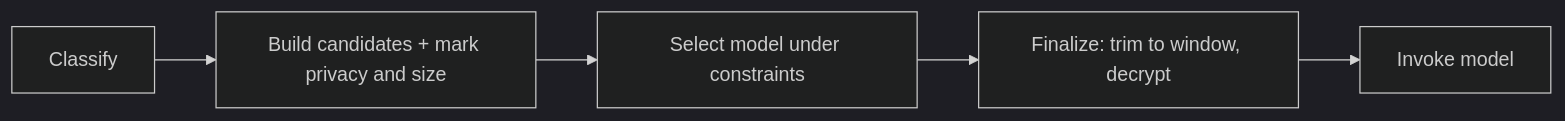
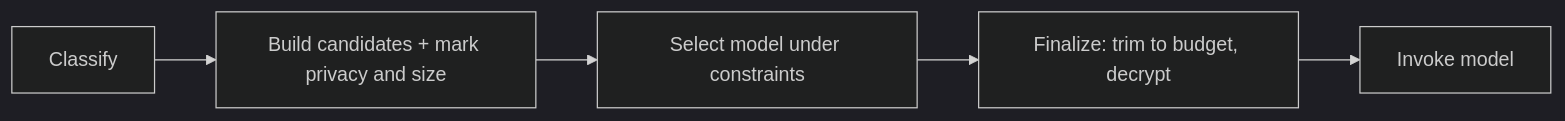
Before and after one commit to smista-ai/smista.ai: the diagram in docs/technical/context-selection.md, drawn with Mermaid (dark theme). The commit also changed other lines of this file and 10 other files, not shown here.

````diff
--- a/docs/technical/context-selection.md
+++ b/docs/technical/context-selection.md
@@ -98,7 +139,7 @@
 ```mermaid
 flowchart LR
     A[Classify] --> B[Build candidates + mark privacy and size]
     B --> C[Select model under constraints]
-    C --> D[Finalize: trim to window, decrypt]
+    C --> D[Finalize: trim to budget, decrypt]
     D --> E[Invoke model]
 ```
````
